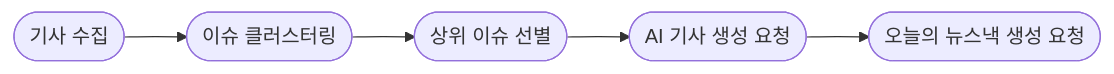
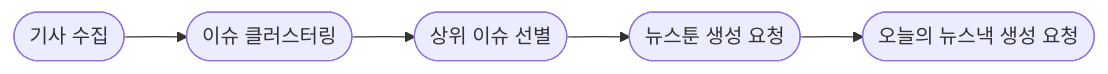
One commit to 23tae/23tae.github.io changed the first of 2 diagrams in _posts/project/newsnack/2026-02-23-newsnack-airflow-pipeline.md. Above: the diagram before and after it, drawn with Mermaid. The commit also changed other lines of this file and 14 other files, not shown here.

````diff
--- a/_posts/project/newsnack/2026-02-23-newsnack-airflow-pipeline.md
+++ b/_posts/project/newsnack/2026-02-23-newsnack-airflow-pipeline.md
@@ -13,7 +13,7 @@
 ```mermaid
 flowchart LR
     A([기사 수집]) --> B([이슈 클러스터링])
     B --> C([상위 이슈 선별])
-    C --> D([AI 기사 생성 요청])
+    C --> D([뉴스툰 생성 요청])
     D --> E([오늘의 뉴스낵 생성 요청])
 ```
````
